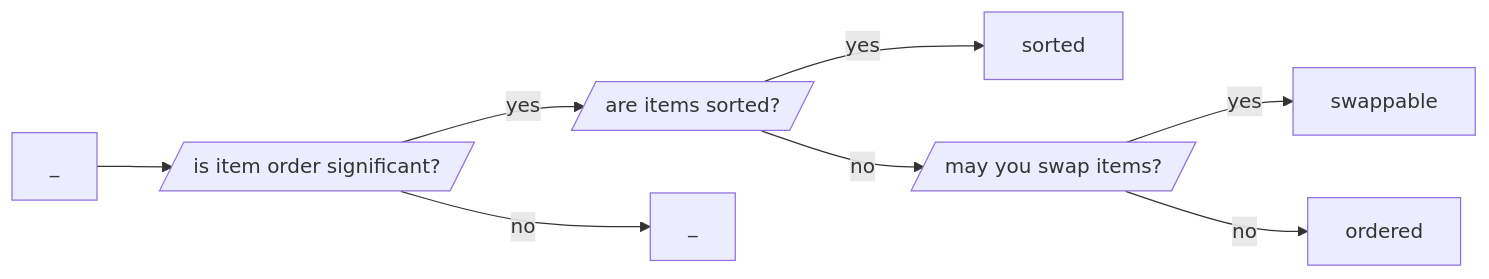
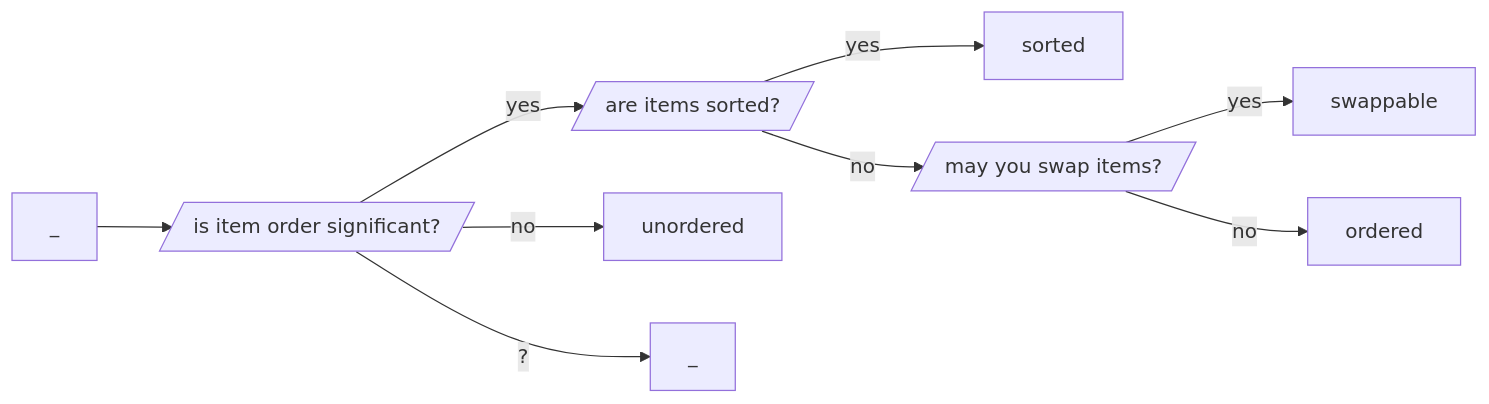
The first of 2 diagrams in README.md (pretore/aquarium-butterflyfish), drawn with Mermaid before and after one commit. The commit also changed other lines of this file and 15 other files, not shown here.

````diff
--- a/README.md
+++ b/README.md
@@ -12,10 +12,11 @@
 ```mermaid
 flowchart LR
     A["_"] --> B[/"is item order significant?"/]
     B -->|yes| C[/"are items sorted?"/]
-    B -->|no| D["_"]
+    B -->|no| D["unordered"]
+    B -->|?| Z["_"]
     C -->|yes| E["sorted"]
     C -->|no| F[/"may you swap items?"/]
     F -->|yes| G["swappable"]
     F -->|no| H["ordered"]
 ```
````
